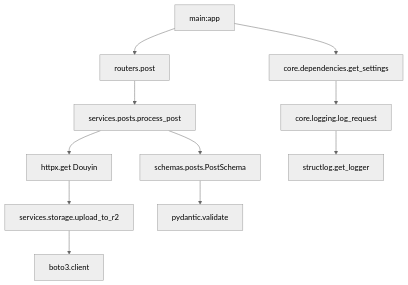
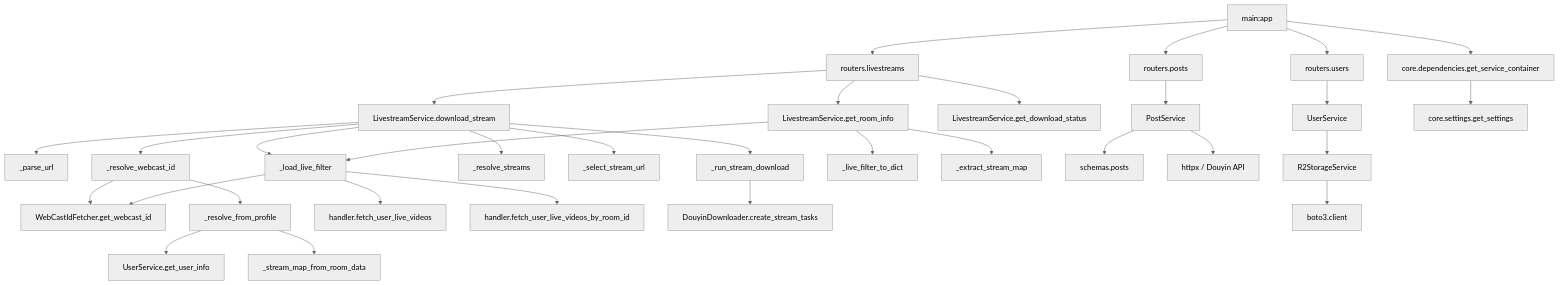
One commit to memenow/dyvine changed the diagram in docs/architecture/call-graph.md. Above: the diagram before and after it, drawn with Mermaid (neutral theme). The commit also changed other lines of this file and 21 other files, not shown here.

````diff
--- a/docs/architecture/call-graph.md
+++ b/docs/architecture/call-graph.md
@@ -11,13 +11,43 @@
 ```mermaid
 graph TD
-    Main[main:app] --> Router[routers.post]
-    Router --> Service[services.posts.process_post]
-    Service --> Schema[schemas.posts.PostSchema]
-    Service --> External[httpx.get Douyin]
-    External --> Storage[services.storage.upload_to_r2]
+    Main[main:app] --> RouterL[routers.livestreams]
+    Main --> RouterP[routers.posts]
+    Main --> RouterU[routers.users]
+
+    RouterL --> DL[LivestreamService.download_stream]
+    RouterL --> GRI[LivestreamService.get_room_info]
+    RouterL --> GDS[LivestreamService.get_download_status]
+
+    DL --> PU[_parse_url]
+    DL --> RWI[_resolve_webcast_id]
+    DL --> LLF[_load_live_filter]
+    DL --> RS[_resolve_streams]
+    DL --> SSU[_select_stream_url]
+    DL --> RSD[_run_stream_download]
+
+    RWI --> WCF[WebCastIdFetcher.get_webcast_id]
+    RWI --> RFP[_resolve_from_profile]
+    RFP --> GUI[UserService.get_user_info]
+    RFP --> SMRD[_stream_map_from_room_data]
+
+    LLF --> FULV[handler.fetch_user_live_videos]
+    LLF --> WCF
+    LLF --> FRID[handler.fetch_user_live_videos_by_room_id]
+
+    GRI --> LLF
+    GRI --> LFTD[_live_filter_to_dict]
+    GRI --> ESM[_extract_stream_map]
+
+    RSD --> DDL[DouyinDownloader.create_stream_tasks]
+
+    RouterP --> SvcP[PostService]
+    SvcP --> SchP[schemas.posts]
+    SvcP --> ExtAPI[httpx / Douyin API]
+
+    RouterU --> SvcU[UserService]
+    SvcU --> Storage[R2StorageService]
     Storage --> Boto3[boto3.client]
-    Schema --> Pydantic[pydantic.validate]
-    Main --> Core[core.dependencies.get_settings]
-    Core --> Logging[core.logging.log_request]
-    Logging --> StructLog[structlog.get_logger]
+
+    Main --> CoreDeps[core.dependencies.get_service_container]
+    CoreDeps --> Settings[core.settings.get_settings]
 ```
````
